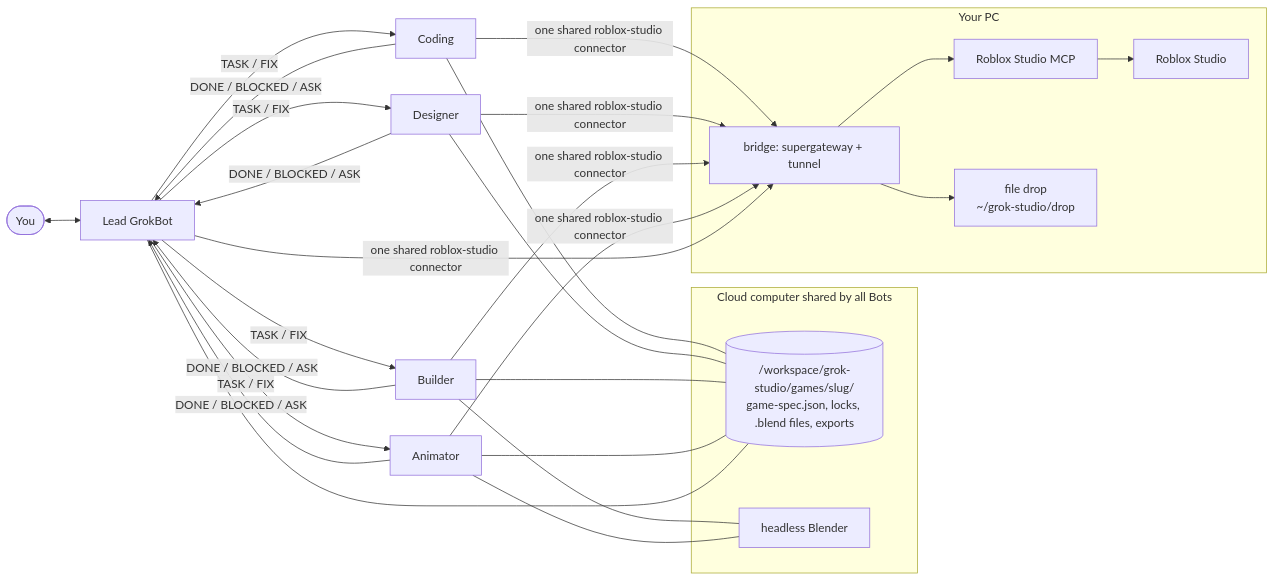
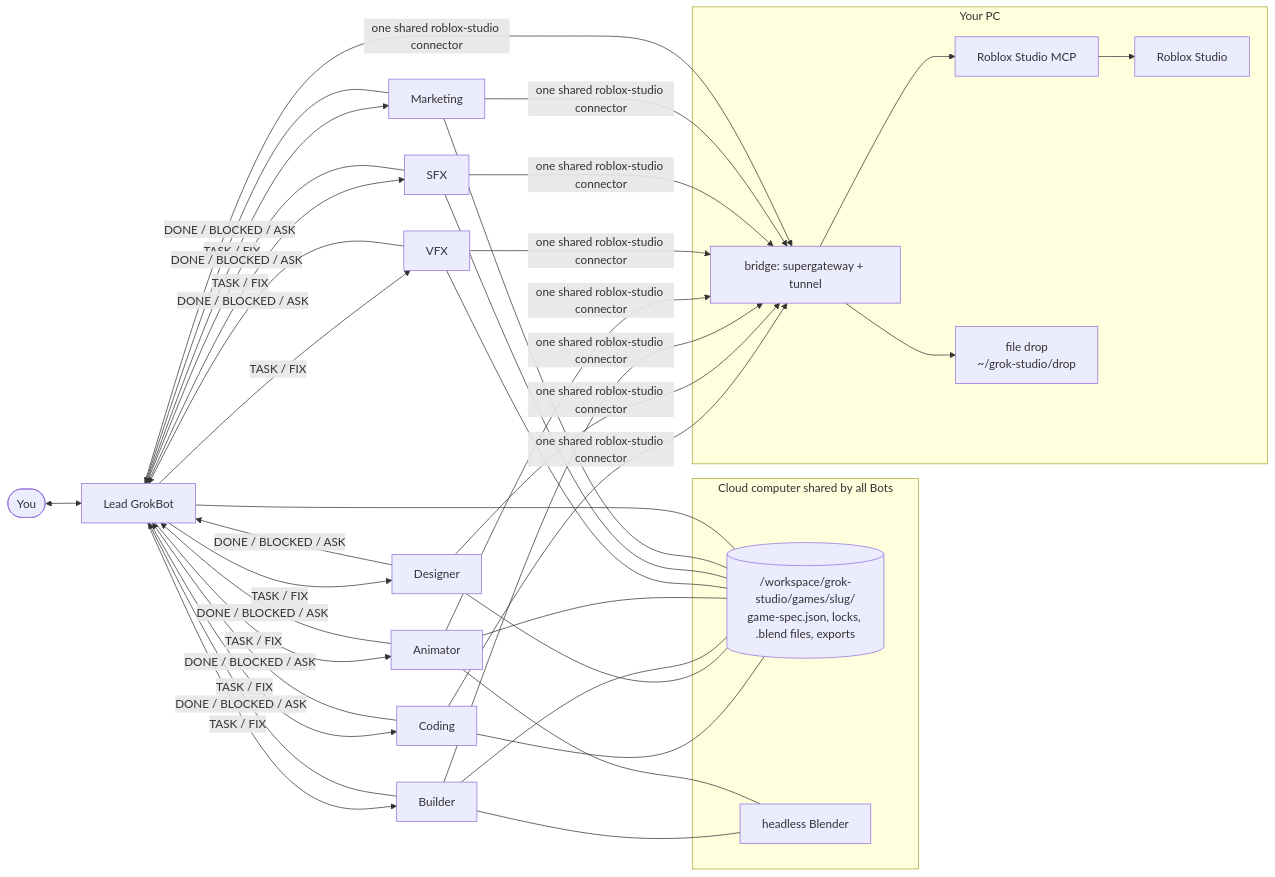
Before and after one commit to anishsrinivasa/grok-studio: the diagram in README.md, drawn with Mermaid. The commit also changed other lines of this file and 32 other files, not shown here.

First line of the commit message:
feat: extensible role system with VFX, SFX, and Marketing roles

````diff
--- a/README.md
+++ b/README.md
@@ -74,17 +74,17 @@
 ```mermaid
 flowchart LR
-    U([You]) <--> L[Lead GrokBot]
-    L -- TASK / FIX --> C[Coding] & D[Designer] & B[Builder] & A[Animator]
-    C & D & B & A -- DONE / BLOCKED / ASK --> L
+   U([You]) <--> L[Lead GrokBot]
+    L -- TASK / FIX --> C[Coding] & D[Designer] & B[Builder] & A[Animator] & V[VFX] & S[SFX] & M[Marketing]
+    C & D & B & A & V & S & M -- DONE / BLOCKED / ASK --> L
     subgraph Cloud computer shared by all Bots
       SPEC[(/workspace/grok-studio/games/slug/<br/>game-spec.json, locks, .blend files, exports)]
       BL[headless Blender]
     end
-    C & D & B & A & L --- SPEC
+    C & D & B & A & V & S & M & L --- SPEC
     B & A --- BL
     subgraph Your PC
       BR[bridge: supergateway + tunnel] --> ST[Roblox Studio MCP] --> RS[Roblox Studio]
       BR --> FD[file drop<br/>~/grok-studio/drop]
     end
-    C & D & B & A & L -- one shared roblox-studio connector --> BR
+    C & D & B & A & V & S & M & L -- one shared roblox-studio connector --> BR
 ```
````
